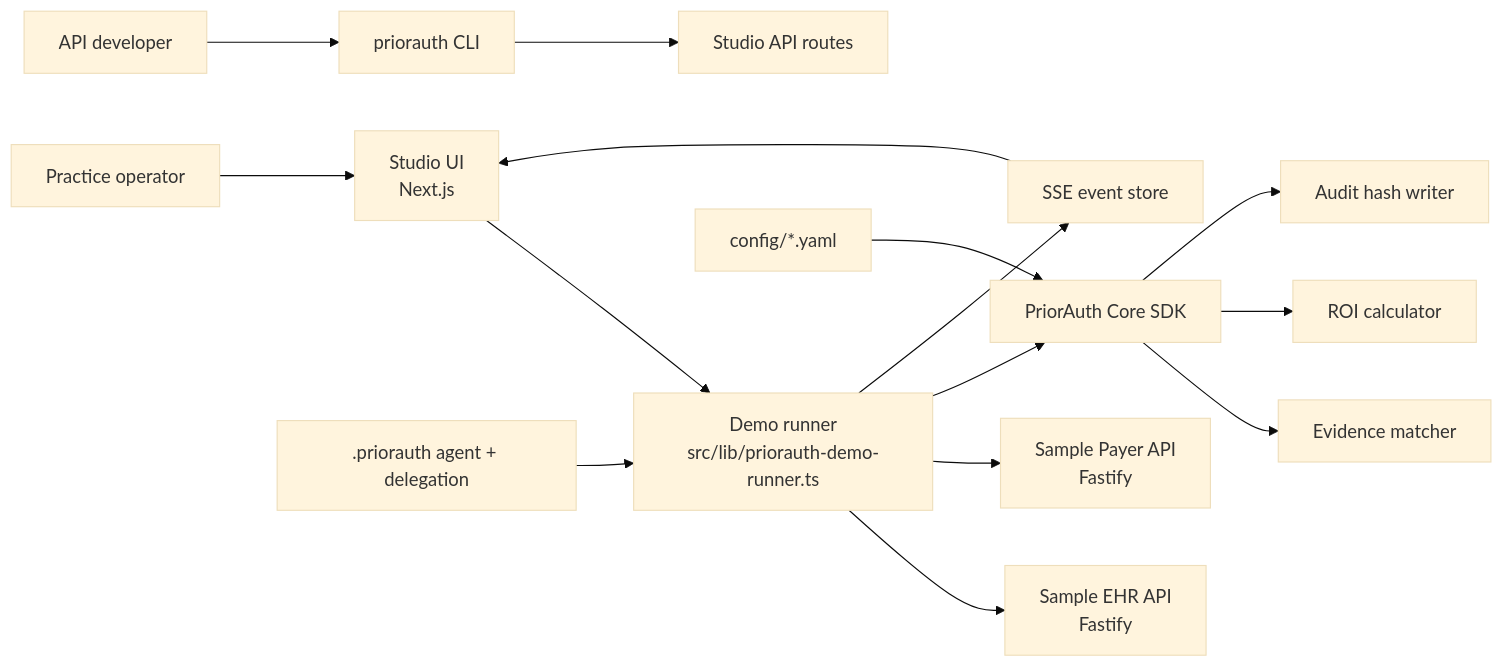
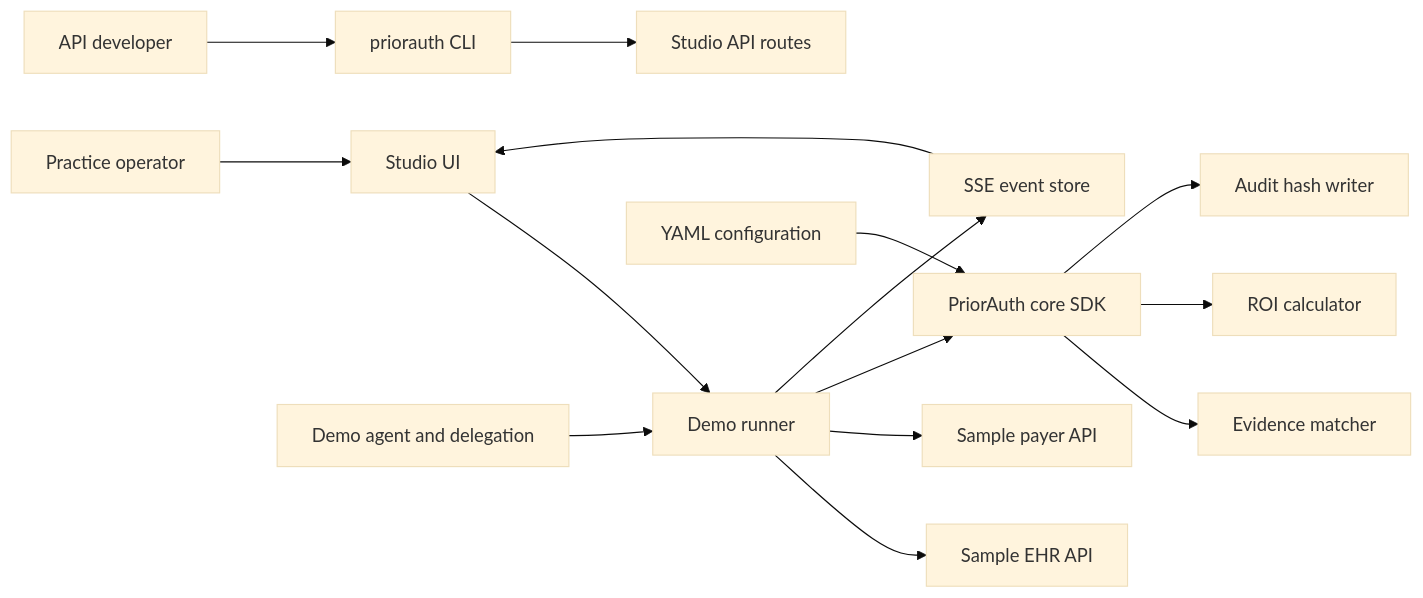
Before and after one commit to roshaninfordham/healthagentpassport: the first of 6 diagrams in docs/architecture.md, drawn with Mermaid (base theme). The commit also changed other lines of this file and 14 other files, not shown here.

Commit message:
Fix GitHub diagrams and simplify landing page

````diff
--- a/docs/architecture.md
+++ b/docs/architecture.md
@@ -9,17 +9,17 @@
 ```mermaid
 flowchart LR
-  Operator[Practice operator] --> Studio[Studio UI<br/>Next.js]
-  Developer[API developer] --> CLI[priorauth CLI]
-  Studio --> DemoRun[Demo runner<br/>src/lib/priorauth-demo-runner.ts]
-  CLI --> StudioApi[Studio API routes]
-  DemoRun --> EHR[Sample EHR API<br/>Fastify]
-  DemoRun --> Payer[Sample Payer API<br/>Fastify]
-  DemoRun --> Core[PriorAuth Core SDK]
-  Core --> Evidence[Evidence matcher]
-  Core --> ROI[ROI calculator]
-  Core --> Audit[Audit hash writer]
-  Config[config/*.yaml] --> Core
-  Agent[.priorauth agent + delegation] --> DemoRun
-  DemoRun --> Events[SSE event store]
+  Operator["Practice operator"] --> Studio["Studio UI"]
+  Developer["API developer"] --> CLI["priorauth CLI"]
+  Studio --> DemoRun["Demo runner"]
+  CLI --> StudioApi["Studio API routes"]
+  DemoRun --> EHR["Sample EHR API"]
+  DemoRun --> Payer["Sample payer API"]
+  DemoRun --> Core["PriorAuth core SDK"]
+  Core --> Evidence["Evidence matcher"]
+  Core --> ROI["ROI calculator"]
+  Core --> Audit["Audit hash writer"]
+  Config["YAML configuration"] --> Core
+  Agent["Demo agent and delegation"] --> DemoRun
+  DemoRun --> Events["SSE event store"]
   Events --> Studio
 ```
````
